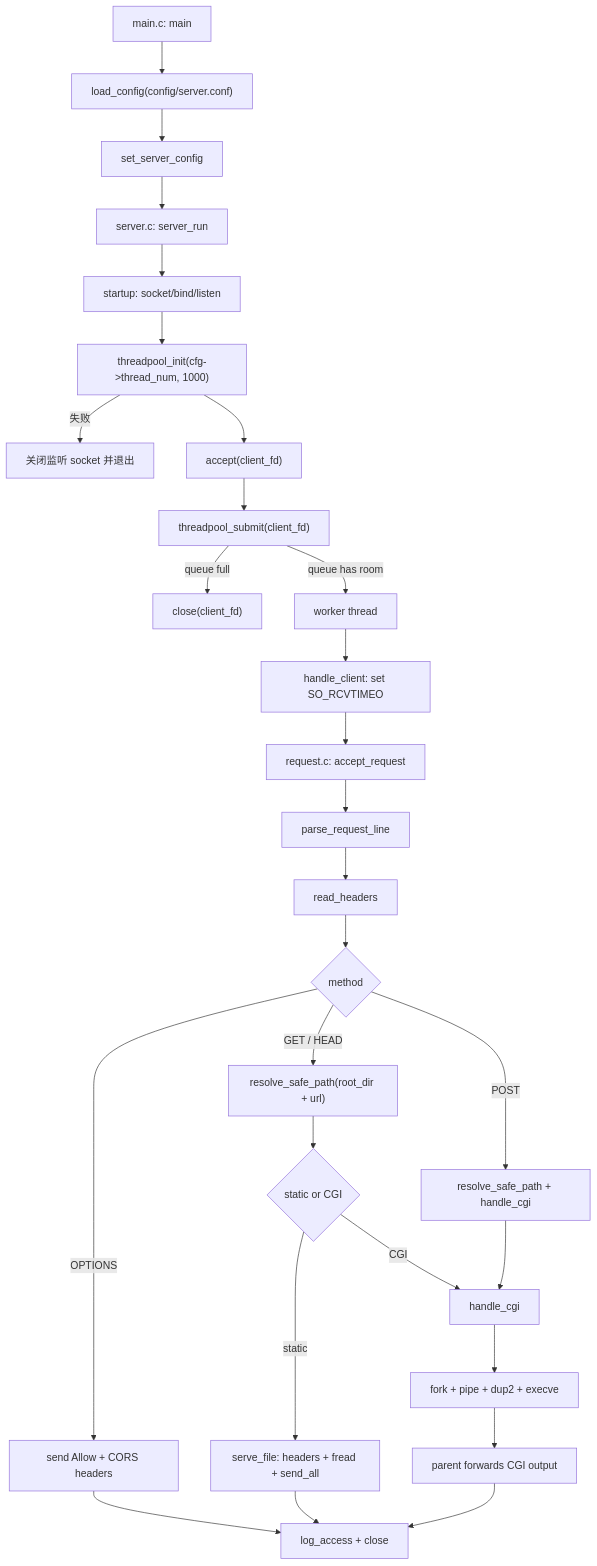
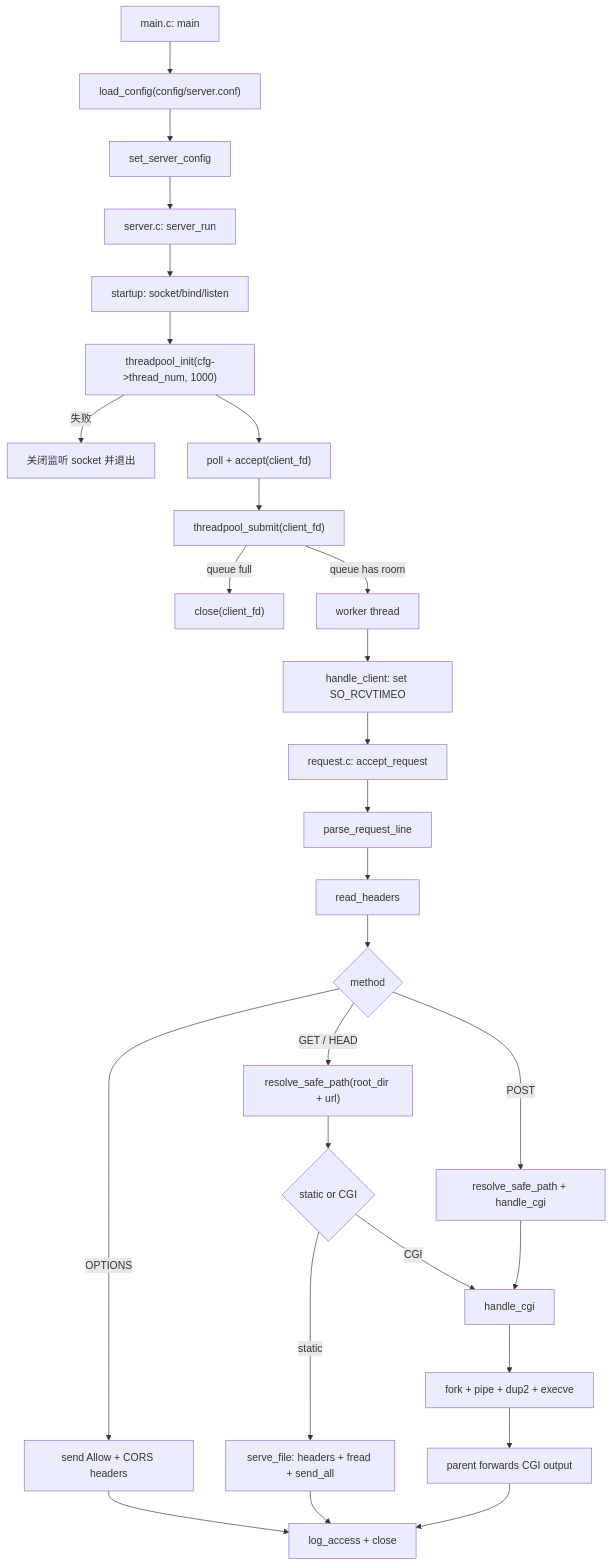
One commit to Harmonia0908/tinyhttpd-plus changed the diagram in README.md. Above: the diagram before and after it, drawn with Mermaid. The commit also changed other lines of this file and 11 other files, not shown here.

````diff
--- a/README.md
+++ b/README.md
@@ -139,30 +139,30 @@
 ```mermaid
 flowchart TD
     A["main.c: main"] --> B["load_config(config/server.conf)"]
     B --> C["set_server_config"]
     C --> D["server.c: server_run"]
     D --> E["startup: socket/bind/listen"]
     E --> F["threadpool_init(cfg->thread_num, 1000)"]
     F -->|失败| X["关闭监听 socket 并退出"]
-    F --> G["accept(client_fd)"]
+    F --> G["poll + accept(client_fd)"]
     G --> H["threadpool_submit(client_fd)"]
     H -->|queue full| Z["close(client_fd)"]
     H -->|queue has room| I["worker thread"]
     I --> J["handle_client: set SO_RCVTIMEO"]
     J --> K["request.c: accept_request"]
     K --> L["parse_request_line"]
     L --> M["read_headers"]
     M --> N{"method"}
     N -->|OPTIONS| O["send Allow + CORS headers"]
     N -->|GET / HEAD| P["resolve_safe_path(root_dir + url)"]
     N -->|POST| Q["resolve_safe_path + handle_cgi"]
     P --> R{"static or CGI"}
     R -->|static| S["serve_file: headers + fread + send_all"]
     R -->|CGI| T["handle_cgi"]
     Q --> T
     T --> U["fork + pipe + dup2 + execve"]
     U --> V["parent forwards CGI output"]
     O --> W["log_access + close"]
     S --> W
     V --> W
 ```
````
